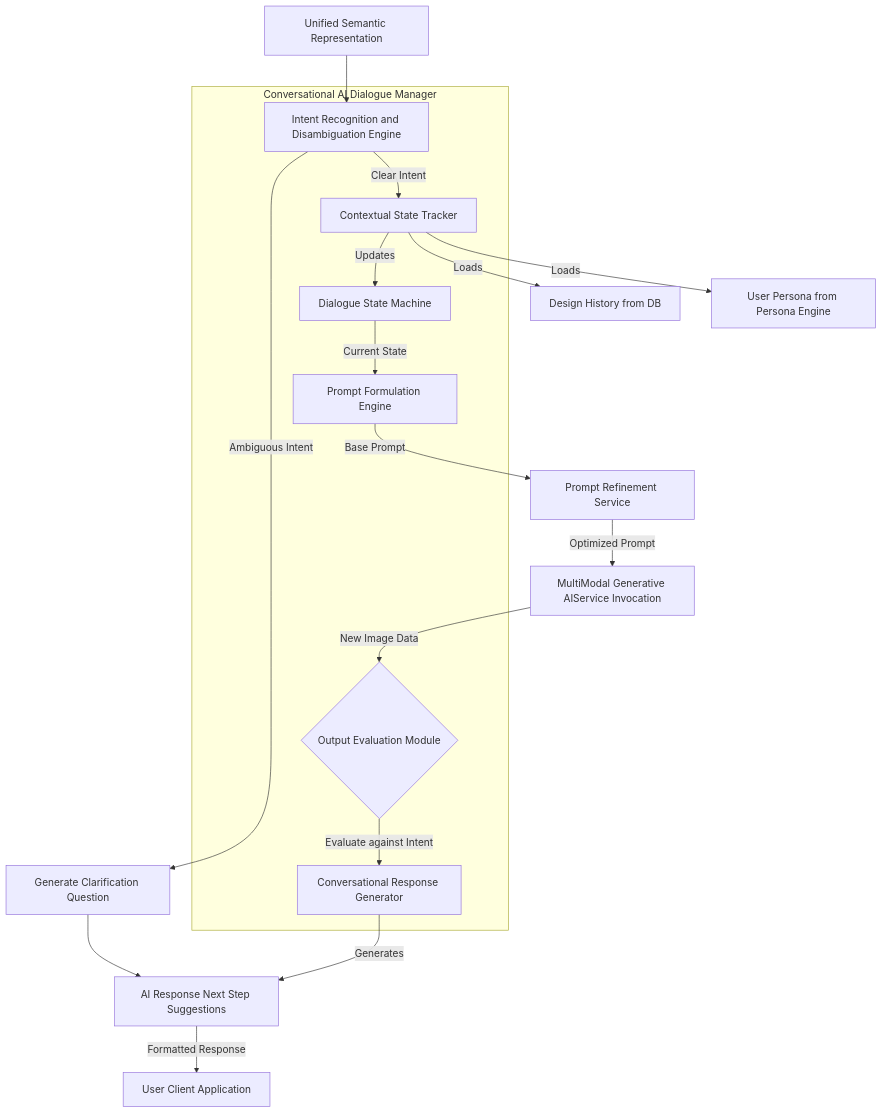
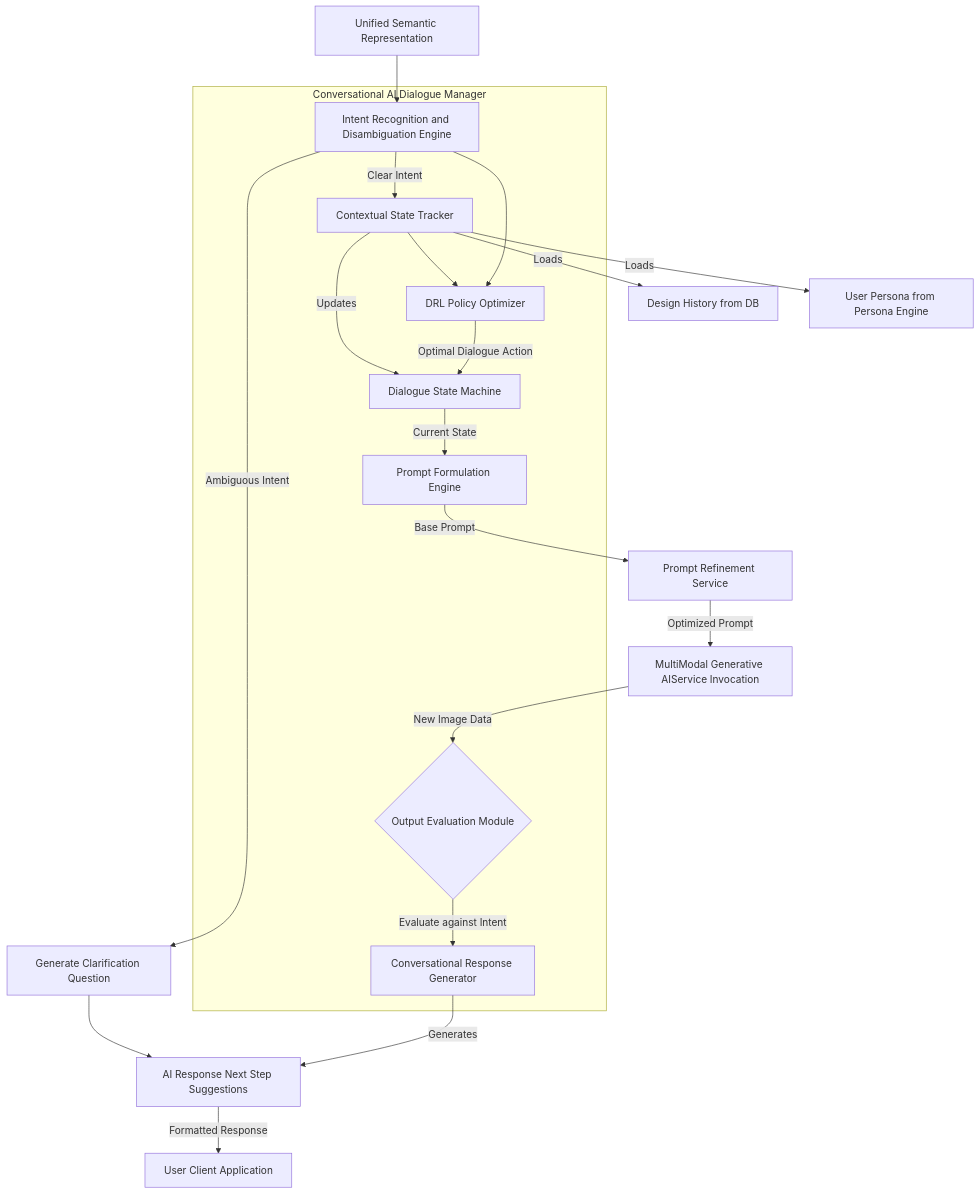
The fourth of 10 diagrams in inventions/003_narrative_generative_image_editing/004_conversational_ai_design_co_creation.md (diplomat-bit/Citibank_Demo_Business_Inc_Demonstration-), drawn with Mermaid before and after one commit. The commit also changed other lines of this file, not shown here.

````diff
--- a/inventions/003_narrative_generative_image_editing/004_conversational_ai_design_co_creation.md
+++ b/inventions/003_narrative_generative_image_editing/004_conversational_ai_design_co_creation.md
@@ -170,24 +182,27 @@
 ```mermaid
 graph TD
     A[Unified Semantic Representation] --> B[Intent Recognition and Disambiguation Engine]
     B -- Ambiguous Intent --> B1[Generate Clarification Question] --> G
     B -- Clear Intent --> C[Contextual State Tracker]
     C -- Loads --> C1[Design History from DB]
     C -- Loads --> C2[User Persona from Persona Engine]
     C -- Updates --> D[Dialogue State Machine]
     D -- Current State --> E[Prompt Formulation Engine]
     E -- Base Prompt --> E1[Prompt Refinement Service]
     E1 -- Optimized Prompt --> F[MultiModal Generative AIService Invocation]
     F -- New Image Data --> H{Output Evaluation Module}
     H -- Evaluate against Intent --> I[Conversational Response Generator]
     I -- Generates --> G[AI Response Next Step Suggestions]
     G -- Formatted Response --> J[User Client Application]
+    C & B --> K[DRL Policy Optimizer]
+    K -- Optimal Dialogue Action --> D
     subgraph Conversational AI Dialogue Manager
         B
         C
         D
         E
         H
         I
+        K
     end
 ```
````
